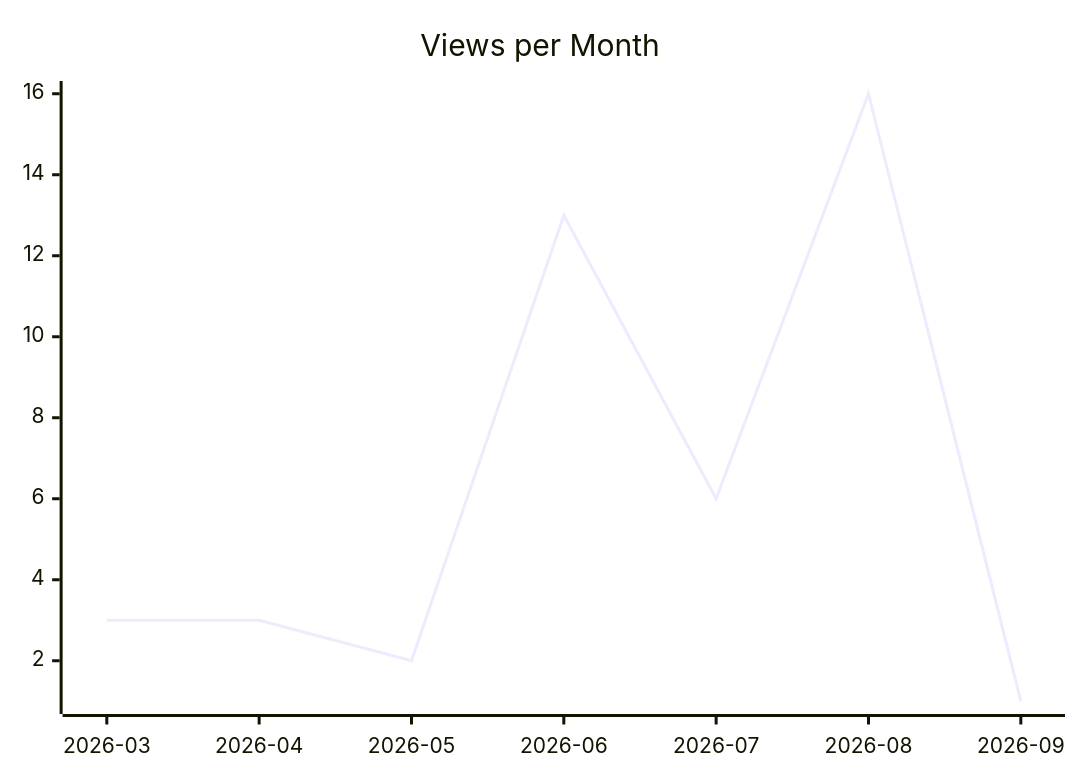
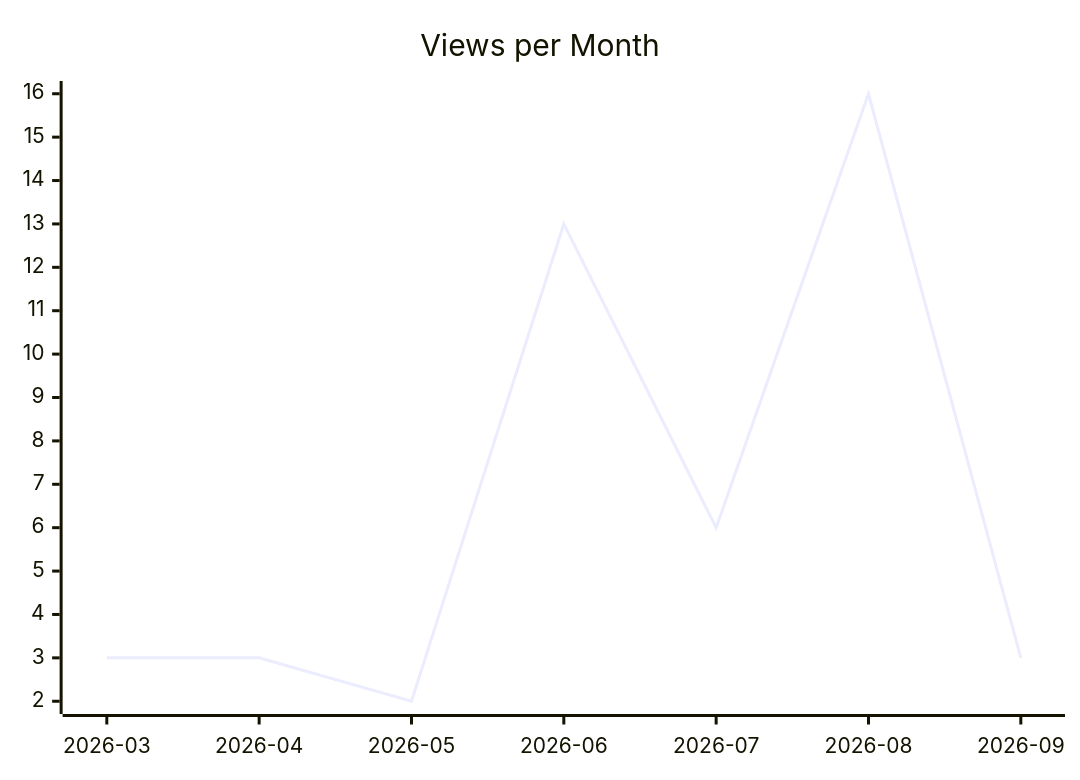
The second of 3 diagrams in karlmdavis/rps-tourney/README.md (justdavis-family/github-analytics-data), drawn with Mermaid before and after one commit. The commit also changed other lines of this file and 193 other files, not shown here.

````diff
--- a/karlmdavis/rps-tourney/README.md
+++ b/karlmdavis/rps-tourney/README.md
@@ -12,6 +12,6 @@
 ```mermaid
 xychart-beta
   title "Views per Month"
   x-axis ["2026-03", "2026-04", "2026-05", "2026-06", "2026-07", "2026-08", "2026-09"]
-  line [3, 3, 2, 13, 6, 16, 1]
+  line [3, 3, 2, 13, 6, 16, 3]
 ```
````
